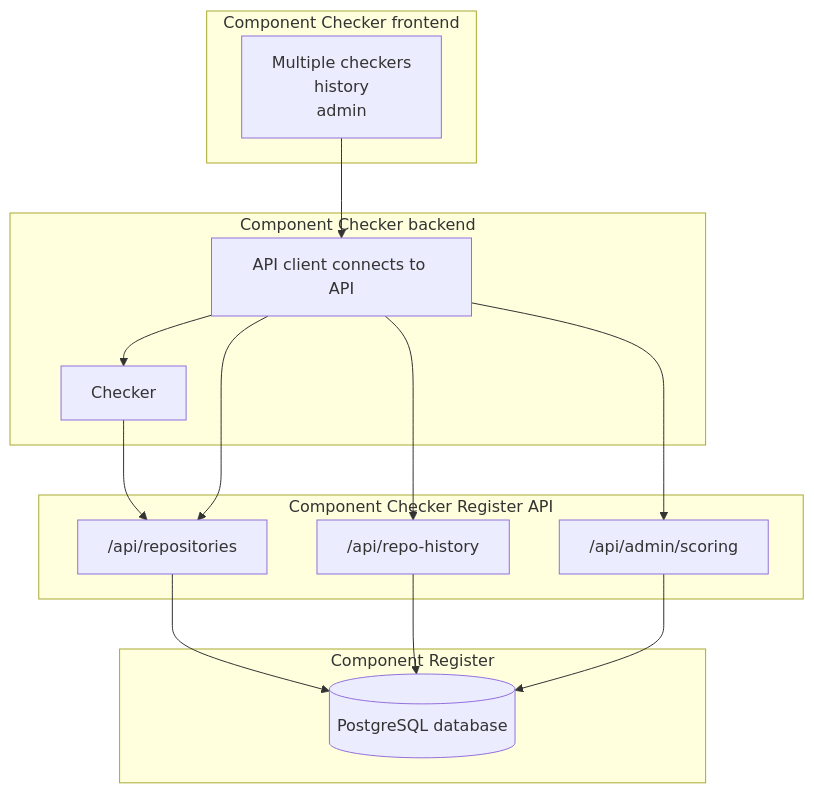
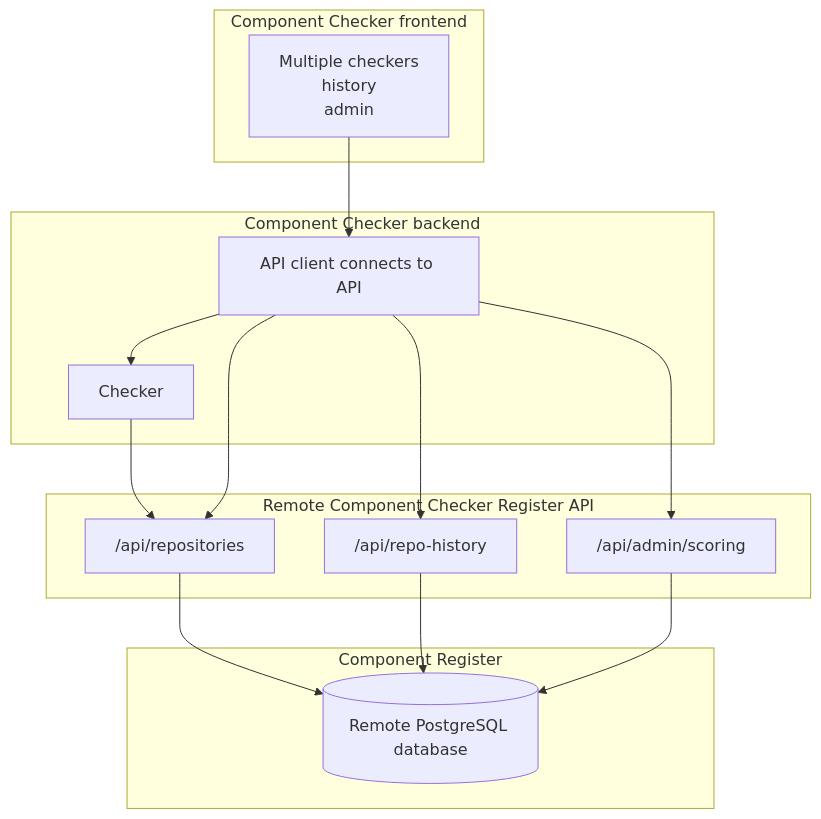
One commit to Hugo-ter-Doest/CommonGroundChecker changed the first of 2 diagrams in README.md. Above: the diagram before and after it, drawn with Mermaid. The commit also changed other lines of this file, not shown here.

Commit message:
Update for external API and DB

````diff
--- a/README.md
+++ b/README.md
@@ -169,28 +164,28 @@
 ```mermaid
 flowchart TB
     subgraph FRONTEND["Component Checker frontend"]
         FRONTEND_UI["Multiple checkers<br/>history<br/>admin"]
     end
     subgraph BACKEND["Component Checker backend"]
         BACKEND_API["API client connects to API"]
         BACKEND_CHECKER["Checker"]
     end
-    subgraph API["Component Checker Register API"]
+    subgraph API["Remote Component Checker Register API"]
         API_REPOS["/api/repositories"]
         API_HISTORY["/api/repo-history"]
         API_SCORING["/api/admin/scoring"]
     end
     subgraph REGISTER["Component Register"]
-        DB[(PostgreSQL database)]
+        DB[(Remote PostgreSQL database)]
     end
 
     FRONTEND_UI --> BACKEND_API
     BACKEND_API --> BACKEND_CHECKER
     BACKEND_CHECKER --> API_REPOS
     BACKEND_API --> API_REPOS
     BACKEND_API --> API_HISTORY
     BACKEND_API --> API_SCORING
     API_REPOS --> DB
     API_HISTORY --> DB
     API_SCORING --> DB
 ```
````
